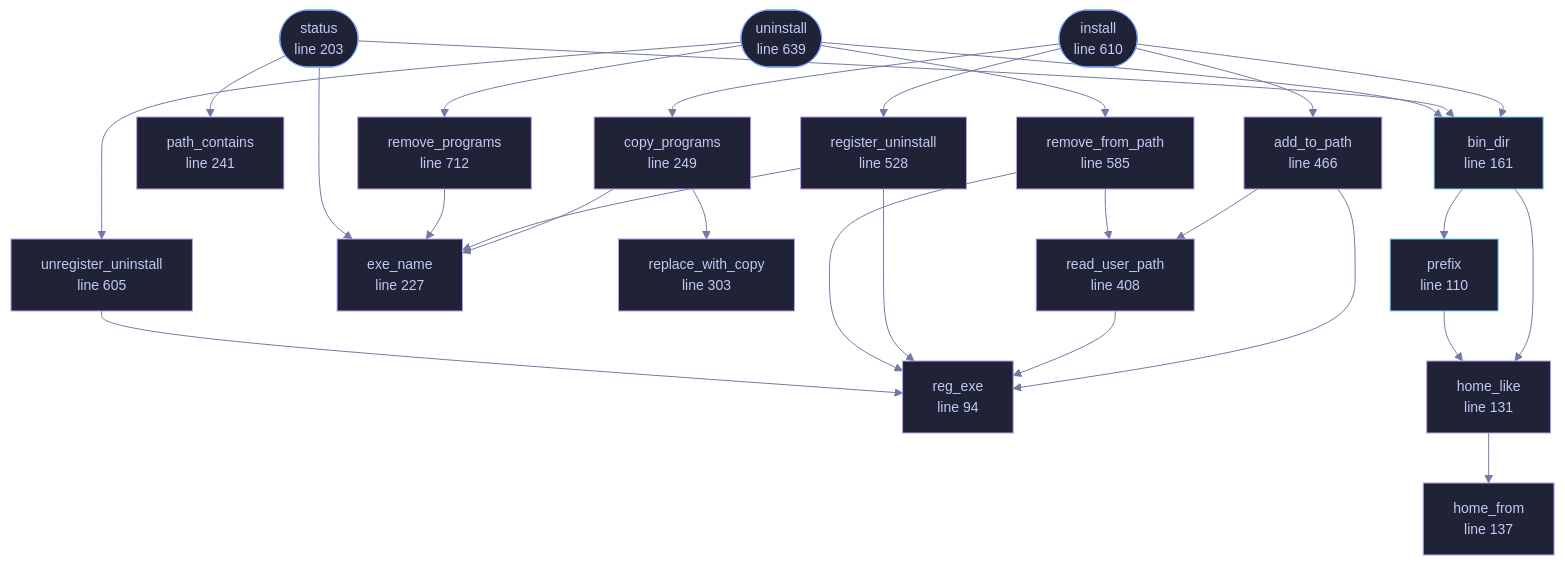
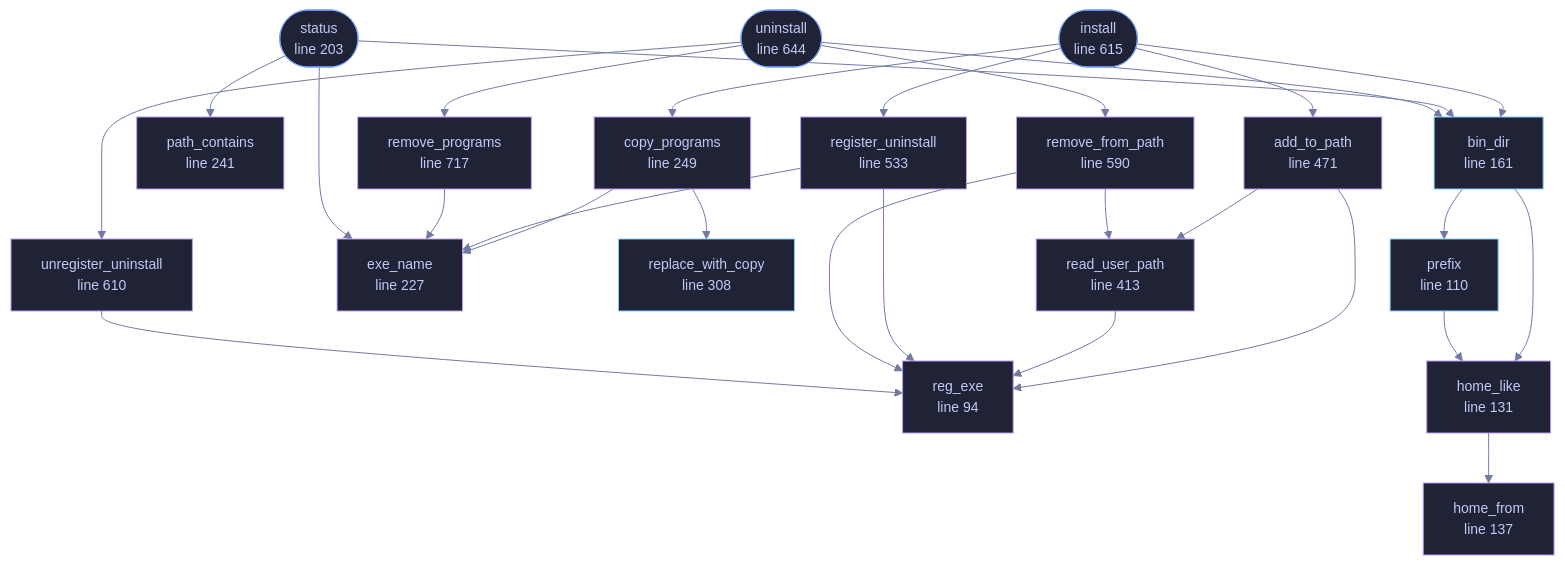
Before and after one commit to tilas01/veilvoice: the diagram in docs/files/veilvoice-setup/install.md, drawn with Mermaid. The commit also changed other lines of this file and 39 other files, not shown here.

````diff
--- a/docs/files/veilvoice-setup/install.md
+++ b/docs/files/veilvoice-setup/install.md
@@ -134,80 +134,80 @@
 ```mermaid
 %%{init: {"theme":"base","themeVariables":{"background":"#1a1b26","primaryColor":"#1f2335","primaryTextColor":"#c0caf5","primaryBorderColor":"#7aa2f7","secondaryColor":"#16161e","tertiaryColor":"#16161e","lineColor":"#737aa2","textColor":"#c0caf5","mainBkg":"#1f2335","nodeBorder":"#7aa2f7","clusterBkg":"#16161e","clusterBorder":"#2f3549","fontFamily":"ui-monospace, SFMono-Regular, Consolas, monospace","fontSize":"14px"}}}%%
 flowchart TD
     n_reg_exe["reg_exe<br/>line 94"]
     n_prefix["prefix<br/>line 110"]
     n_home_like["home_like<br/>line 131"]
     n_home_from["home_from<br/>line 137"]
     n_bin_dir["bin_dir<br/>line 161"]
     n_status(["status<br/>line 203"])
     n_exe_name["exe_name<br/>line 227"]
     n_path_contains["path_contains<br/>line 241"]
     n_copy_programs["copy_programs<br/>line 249"]
-    n_replace_with_copy["replace_with_copy<br/>line 303"]
-    n_add_to_path["add_to_path<br/>line 340"]
-    n_read_user_path["read_user_path<br/>line 408"]
-    n_add_to_path["add_to_path<br/>line 466"]
-    n_register_uninstall["register_uninstall<br/>line 487"]
-    n_register_uninstall["register_uninstall<br/>line 528"]
-    n_remove_from_path["remove_from_path<br/>line 539"]
-    n_remove_from_path["remove_from_path<br/>line 585"]
-    n_unregister_uninstall["unregister_uninstall<br/>line 595"]
-    n_unregister_uninstall["unregister_uninstall<br/>line 605"]
-    n_install(["install<br/>line 610"])
-    n_uninstall(["uninstall<br/>line 639"])
-    n_remove_programs["remove_programs<br/>line 712"]
+    n_replace_with_copy["replace_with_copy<br/>line 308"]
+    n_add_to_path["add_to_path<br/>line 345"]
+    n_read_user_path["read_user_path<br/>line 413"]
+    n_add_to_path["add_to_path<br/>line 471"]
+    n_register_uninstall["register_uninstall<br/>line 492"]
+    n_register_uninstall["register_uninstall<br/>line 533"]
+    n_remove_from_path["remove_from_path<br/>line 544"]
+    n_remove_from_path["remove_from_path<br/>line 590"]
+    n_unregister_uninstall["unregister_uninstall<br/>line 600"]
+    n_unregister_uninstall["unregister_uninstall<br/>line 610"]
+    n_install(["install<br/>line 615"])
+    n_uninstall(["uninstall<br/>line 644"])
+    n_remove_programs["remove_programs<br/>line 717"]
     n_add_to_path --> n_read_user_path
     n_add_to_path --> n_reg_exe
     n_bin_dir --> n_home_like
     n_bin_dir --> n_prefix
     n_copy_programs --> n_exe_name
     n_copy_programs --> n_replace_with_copy
     n_home_like --> n_home_from
     n_install --> n_add_to_path
     n_install --> n_bin_dir
     n_install --> n_copy_programs
     n_install --> n_register_uninstall
     n_prefix --> n_home_like
     n_read_user_path --> n_reg_exe
     n_register_uninstall --> n_exe_name
     n_register_uninstall --> n_reg_exe
     n_remove_from_path --> n_read_user_path
     n_remove_from_path --> n_reg_exe
     n_remove_programs --> n_exe_name
     n_status --> n_bin_dir
     n_status --> n_exe_name
     n_status --> n_path_contains
     n_uninstall --> n_bin_dir
     n_uninstall --> n_remove_from_path
     n_uninstall --> n_remove_programs
     n_uninstall --> n_unregister_uninstall
     n_unregister_uninstall --> n_reg_exe
     click n_reg_exe href "https://github.com/tilas01/veilvoice/blob/main/crates/veilvoice-setup/src/install.rs#L94" "open the source"
     click n_prefix href "https://github.com/tilas01/veilvoice/blob/main/crates/veilvoice-setup/src/install.rs#L110" "open the source"
     click n_home_like href "https://github.com/tilas01/veilvoice/blob/main/crates/veilvoice-setup/src/install.rs#L131" "open the source"
     click n_home_from href "https://github.com/tilas01/veilvoice/blob/main/crates/veilvoice-setup/src/install.rs#L137" "open the source"
     click n_bin_dir href "https://github.com/tilas01/veilvoice/blob/main/crates/veilvoice-setup/src/install.rs#L161" "open the source"
     click n_status href "https://github.com/tilas01/veilvoice/blob/main/crates/veilvoice-setup/src/install.rs#L203" "open the source"
     click n_exe_name href "https://github.com/tilas01/veilvoice/blob/main/crates/veilvoice-setup/src/install.rs#L227" "open the source"
     click n_path_contains href "https://github.com/tilas01/veilvoice/blob/main/crates/veilvoice-setup/src/install.rs#L241" "open the source"
     click n_copy_programs href "https://github.com/tilas01/veilvoice/blob/main/crates/veilvoice-setup/src/install.rs#L249" "open the source"
-    click n_replace_with_copy href "https://github.com/tilas01/veilvoice/blob/main/crates/veilvoice-setup/src/install.rs#L303" "open the source"
-    click n_add_to_path href "https://github.com/tilas01/veilvoice/blob/main/crates/veilvoice-setup/src/install.rs#L340" "open the source"
-    click n_read_user_path href "https://github.com/tilas01/veilvoice/blob/main/crates/veilvoice-setup/src/install.rs#L408" "open the source"
-    click n_add_to_path href "https://github.com/tilas01/veilvoice/blob/main/crates/veilvoice-setup/src/install.rs#L466" "open the source"
-    click n_register_uninstall href "https://github.com/tilas01/veilvoice/blob/main/crates/veilvoice-setup/src/install.rs#L487" "open the source"
-    click n_register_uninstall href "https://github.com/tilas01/veilvoice/blob/main/crates/veilvoice-setup/src/install.rs#L528" "open the source"
-    click n_remove_from_path href "https://github.com/tilas01/veilvoice/blob/main/crates/veilvoice-setup/src/install.rs#L539" "open the source"
-    click n_remove_from_path href "https://github.com/tilas01/veilvoice/blob/main/crates/veilvoice-setup/src/install.rs#L585" "open the source"
-    click n_unregister_uninstall href "https://github.com/tilas01/veilvoice/blob/main/crates/veilvoice-setup/src/install.rs#L595" "open the source"
-    click n_unregister_uninstall href "https://github.com/tilas01/veilvoice/blob/main/crates/veilvoice-setup/src/install.rs#L605" "open the source"
-    click n_install href "https://github.com/tilas01/veilvoice/blob/main/crates/veilvoice-setup/src/install.rs#L610" "open the source"
-    click n_uninstall href "https://github.com/tilas01/veilvoice/blob/main/crates/veilvoice-setup/src/install.rs#L639" "open the source"
-    click n_remove_programs href "https://github.com/tilas01/veilvoice/blob/main/crates/veilvoice-setup/src/install.rs#L712" "open the source"
+    click n_replace_with_copy href "https://github.com/tilas01/veilvoice/blob/main/crates/veilvoice-setup/src/install.rs#L308" "open the source"
+    click n_add_to_path href "https://github.com/tilas01/veilvoice/blob/main/crates/veilvoice-setup/src/install.rs#L345" "open the source"
+    click n_read_user_path href "https://github.com/tilas01/veilvoice/blob/main/crates/veilvoice-setup/src/install.rs#L413" "open the source"
+    click n_add_to_path href "https://github.com/tilas01/veilvoice/blob/main/crates/veilvoice-setup/src/install.rs#L471" "open the source"
+    click n_register_uninstall href "https://github.com/tilas01/veilvoice/blob/main/crates/veilvoice-setup/src/install.rs#L492" "open the source"
+    click n_register_uninstall href "https://github.com/tilas01/veilvoice/blob/main/crates/veilvoice-setup/src/install.rs#L533" "open the source"
+    click n_remove_from_path href "https://github.com/tilas01/veilvoice/blob/main/crates/veilvoice-setup/src/install.rs#L544" "open the source"
+    click n_remove_from_path href "https://github.com/tilas01/veilvoice/blob/main/crates/veilvoice-setup/src/install.rs#L590" "open the source"
+    click n_unregister_uninstall href "https://github.com/tilas01/veilvoice/blob/main/crates/veilvoice-setup/src/install.rs#L600" "open the source"
+    click n_unregister_uninstall href "https://github.com/tilas01/veilvoice/blob/main/crates/veilvoice-setup/src/install.rs#L610" "open the source"
+    click n_install href "https://github.com/tilas01/veilvoice/blob/main/crates/veilvoice-setup/src/install.rs#L615" "open the source"
+    click n_uninstall href "https://github.com/tilas01/veilvoice/blob/main/crates/veilvoice-setup/src/install.rs#L644" "open the source"
+    click n_remove_programs href "https://github.com/tilas01/veilvoice/blob/main/crates/veilvoice-setup/src/install.rs#L717" "open the source"
     classDef entry fill:#1f2335,stroke:#7aa2f7,color:#c0caf5
     class n_status,n_install,n_uninstall entry
     classDef api fill:#1f2335,stroke:#7dcfff,color:#c0caf5
-    class n_prefix,n_bin_dir api
+    class n_prefix,n_bin_dir,n_replace_with_copy api
     classDef helper fill:#1f2335,stroke:#bb9af7,color:#c0caf5
-    class n_reg_exe,n_home_like,n_home_from,n_exe_name,n_path_contains,n_copy_programs,n_replace_with_copy,n_add_to_path,n_read_user_path,n_add_to_path,n_register_uninstall,n_register_uninstall,n_remove_from_path,n_remove_from_path,n_unregister_uninstall,n_unregister_uninstall,n_remove_programs helper
+    class n_reg_exe,n_home_like,n_home_from,n_exe_name,n_path_contains,n_copy_programs,n_add_to_path,n_read_user_path,n_add_to_path,n_register_uninstall,n_register_uninstall,n_remove_from_path,n_remove_from_path,n_unregister_uninstall,n_unregister_uninstall,n_remove_programs helper
 ```
````
